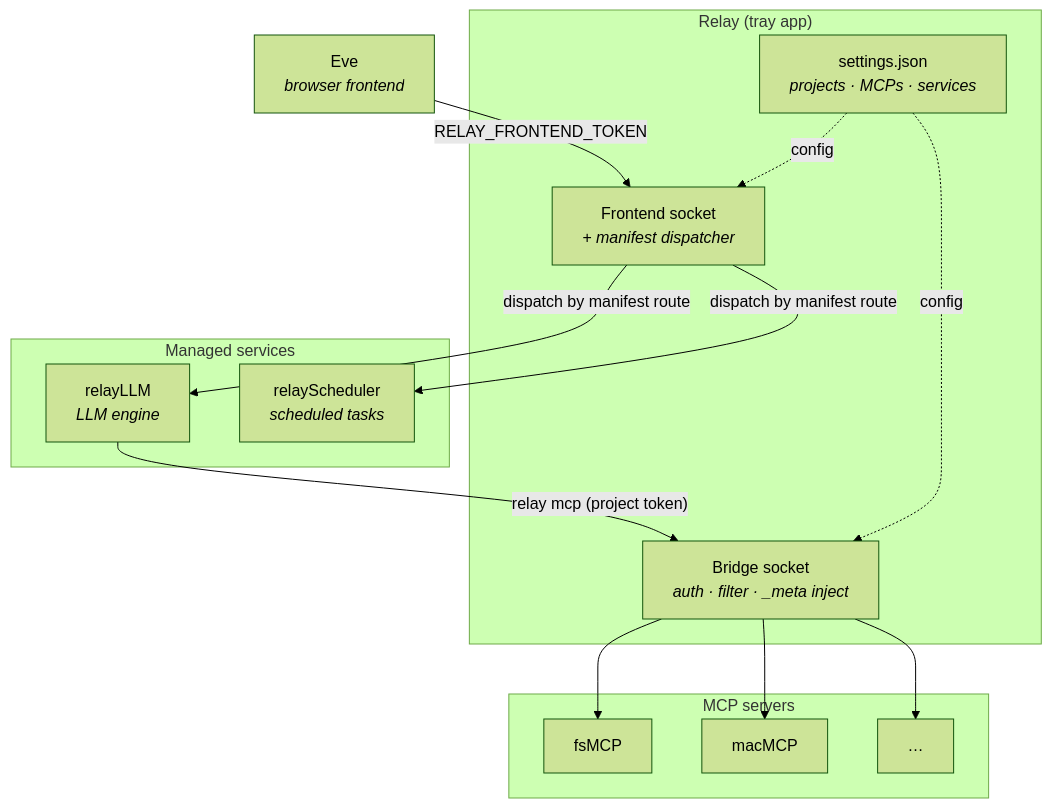
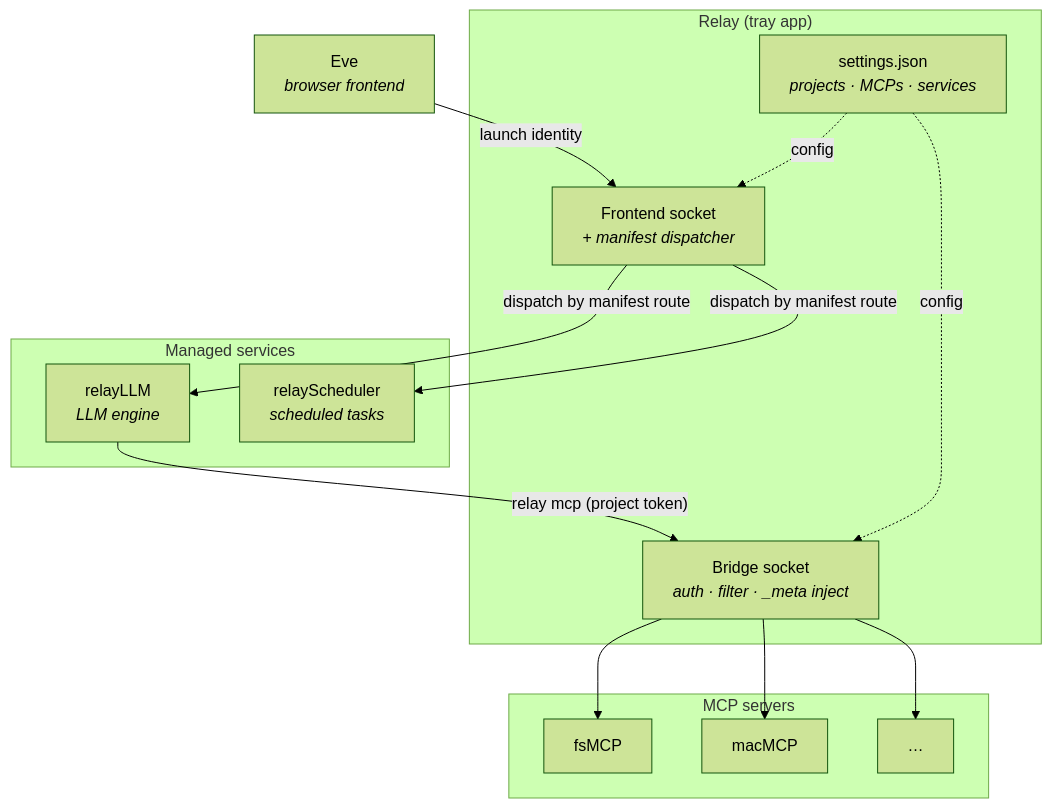
One commit to barelyworkingcode/relay changed the diagram in README.md. Above: the diagram before and after it, drawn with Mermaid (forest theme). The commit also changed other lines of this file and 8 other files, not shown here.

First line of the commit message:
Document the launch identity protocol

````diff
--- a/README.md
+++ b/README.md
@@ -15,27 +15,27 @@
 ```mermaid
 graph TB
     Eve["Eve<br/><i>browser frontend</i>"]
 
     subgraph Relay["Relay (tray app)"]
         Frontend["Frontend socket<br/><i>+ manifest dispatcher</i>"]
         Bridge["Bridge socket<br/><i>auth · filter · _meta inject</i>"]
         Settings["settings.json<br/><i>projects · MCPs · services</i>"]
     end
 
     subgraph Services["Managed services"]
         relayLLM["relayLLM<br/><i>LLM engine</i>"]
         Scheduler["relayScheduler<br/><i>scheduled tasks</i>"]
     end
 
     subgraph MCPs["MCP servers"]
         fsMCP["fsMCP"]
         macMCP["macMCP"]
         Other["…"]
     end
 
-    Eve -->|RELAY_FRONTEND_TOKEN| Frontend
+    Eve -->|launch identity| Frontend
     Frontend -->|dispatch by manifest route| relayLLM & Scheduler
     relayLLM -->|"relay mcp (project token)"| Bridge
     Bridge --> fsMCP & macMCP & Other
     Settings -.->|config| Bridge & Frontend
 ```
````
